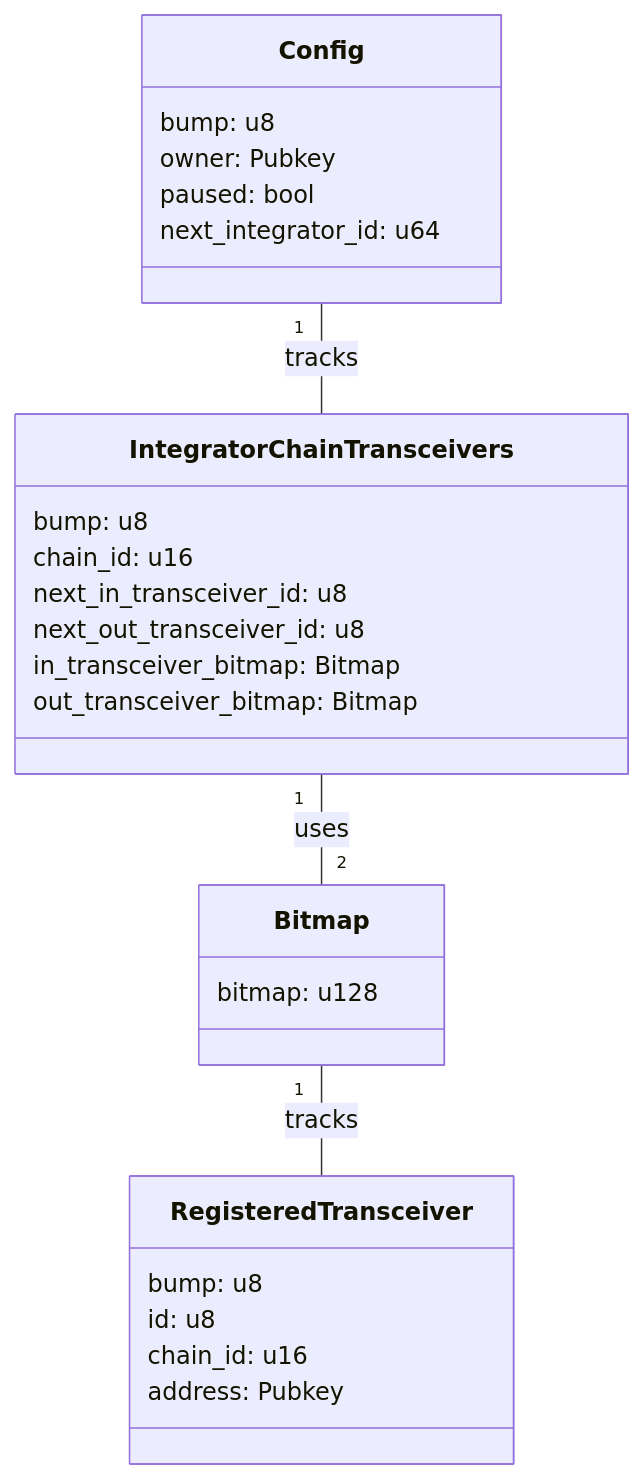
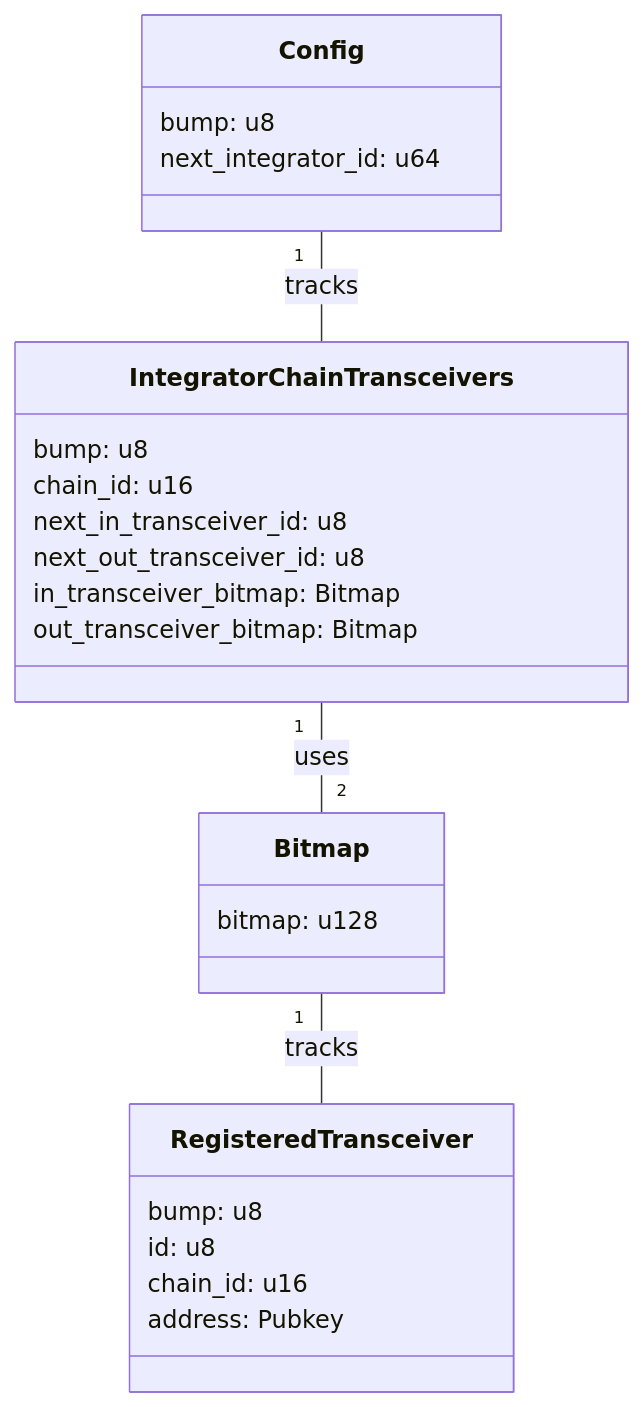
The diagram in svm/programs/router/README.md (wormholelabs-xyz/example-messaging-endpoint), drawn with Mermaid before and after one commit. The commit also changed other lines of this file and 4 other files, not shown here.

````diff
--- a/svm/programs/router/README.md
+++ b/svm/programs/router/README.md
@@ -5,33 +5,31 @@
 ```mermaid
 classDiagram
     class Config {
         bump: u8
-        owner: Pubkey
-        paused: bool
         next_integrator_id: u64
     }
 
     class IntegratorChainTransceivers {
         bump: u8
         chain_id: u16
         next_in_transceiver_id: u8
         next_out_transceiver_id: u8
         in_transceiver_bitmap: Bitmap
         out_transceiver_bitmap: Bitmap
     }
 
     class RegisteredTransceiver {
         bump: u8
         id: u8
         chain_id: u16
         address: Pubkey
     }
 
     class Bitmap {
         bitmap: u128
     }
 
     Config "1" -- "" IntegratorChainTransceivers : tracks
     IntegratorChainTransceivers "1" -- "2" Bitmap : uses
     Bitmap "1" -- "" RegisteredTransceiver : tracks
 ```
````
